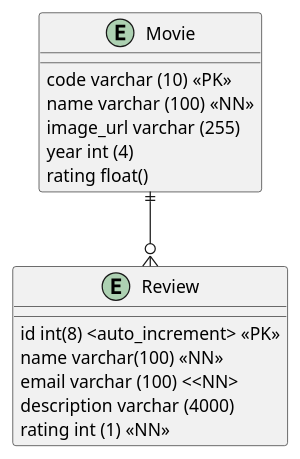
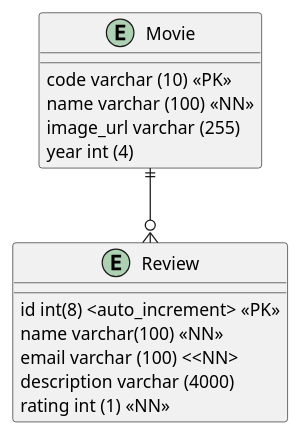
The diagram in doc/modelo_datos.puml (jacj14/Peliculas_Flask), drawn with PlantUML before and after one commit. The commit also changed 4 other files, not shown here.

```diff
--- a/doc/modelo_datos.puml
+++ b/doc/modelo_datos.puml
@@ -1,24 +1,23 @@
 @startuml "Model Entidad Relacion"
 
 Entity Movie {
       code varchar (10) <<PK>>
       name varchar (100) <<NN>>
       image_url varchar (255)
       year int (4)
-      rating float()
 }
 
 Entity Review {
       id int(8) <auto_increment> <<PK>>
       name varchar(100) <<NN>>
       email varchar (100) <<NN>
       description varchar (4000)
       rating int (1) <<NN>>
 }
 
 Movie ||--o{ Review 
 
 
 
 
 @enduml
```
